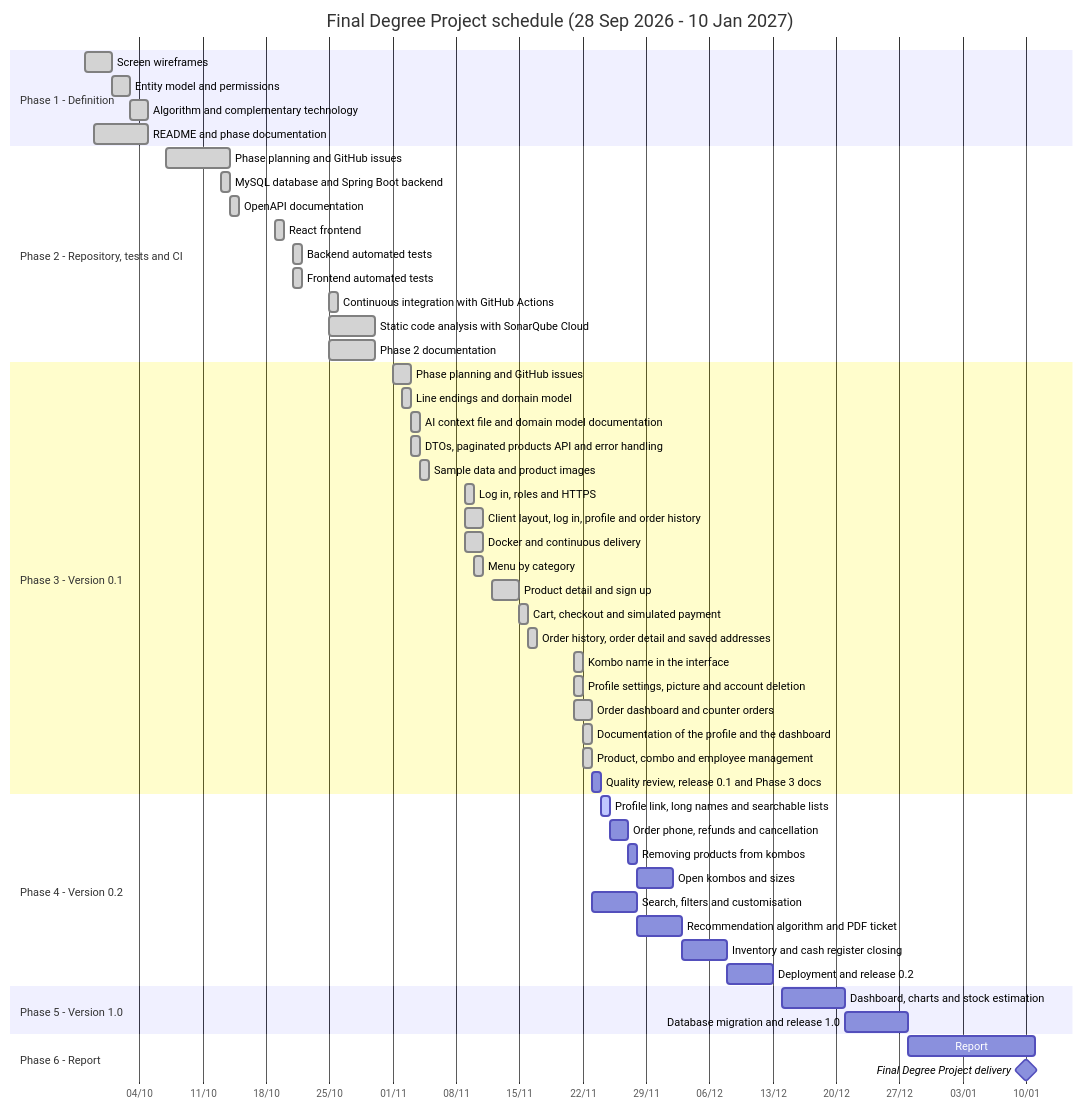
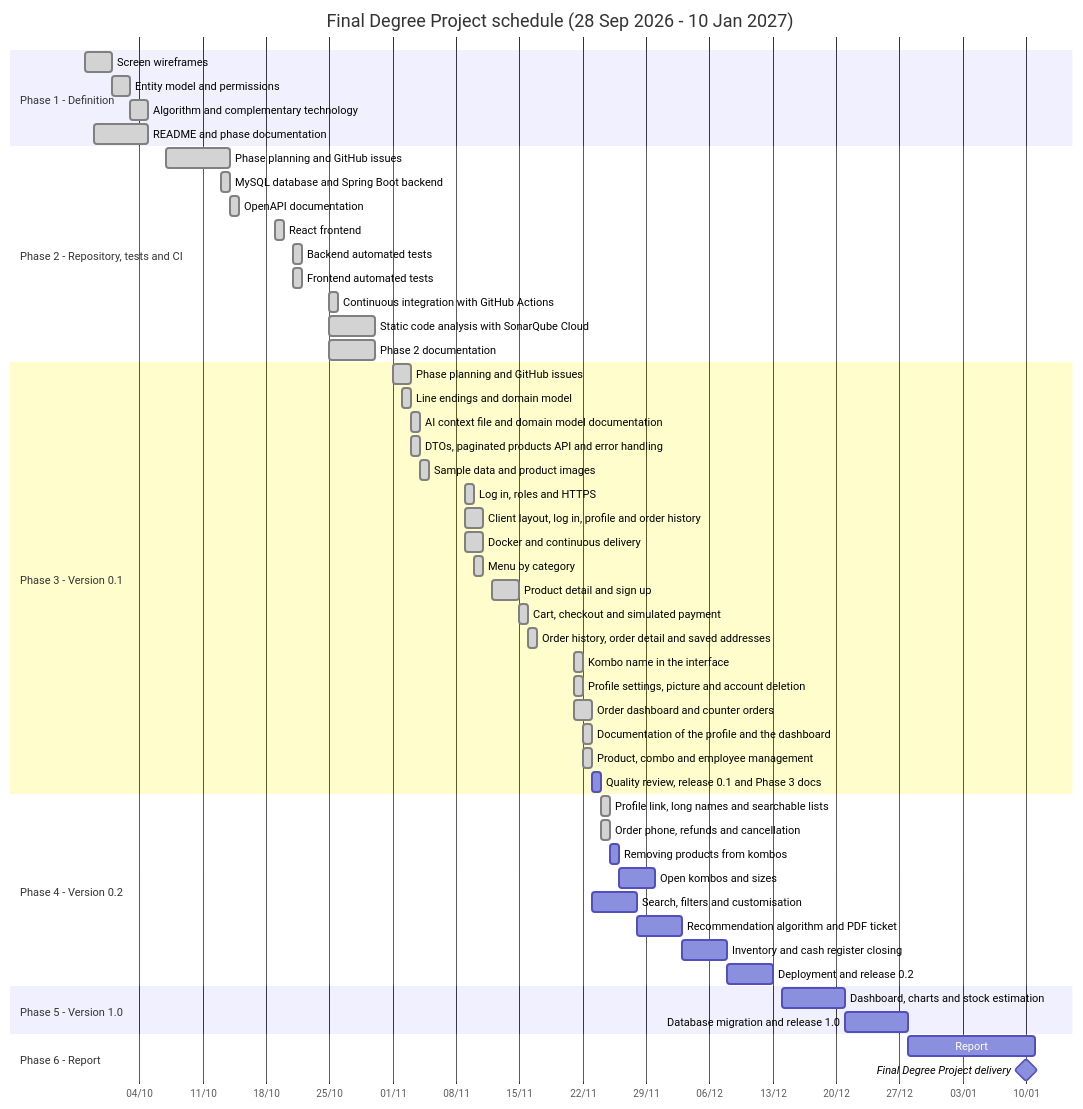
Before and after one commit to codeurjc-students/2026-Kombo: the diagram in docs/methodology.md, drawn with Mermaid. The commit also changed 42 other files, not shown here.

Commit message:
Add order cancellation with fee

````diff
--- a/docs/methodology.md
+++ b/docs/methodology.md
@@ -17,62 +17,62 @@
 ```mermaid
 gantt
     title Final Degree Project schedule (28 Sep 2026 - 10 Jan 2027)
     dateFormat YYYY-MM-DD
     axisFormat %d/%m
     tickInterval 1week
 
     section Phase 1 - Definition
     Screen wireframes                                :done, f1a, 2026-09-28, 3d
     Entity model and permissions                     :done, f1b, 2026-10-01, 2d
     Algorithm and complementary technology           :done, f1c, 2026-10-03, 2d
     README and phase documentation                   :done, f1d, 2026-09-29, 6d
 
     section Phase 2 - Repository, tests and CI
     Phase planning and GitHub issues                 :done, f2a, 2026-10-07, 7d
     MySQL database and Spring Boot backend           :done, f2b, 2026-10-13, 1d
     OpenAPI documentation                            :done, f2c, 2026-10-14, 1d
     React frontend                                   :done, f2d, 2026-10-19, 1d
     Backend automated tests                          :done, f2e, 2026-10-21, 1d
     Frontend automated tests                         :done, f2f, 2026-10-21, 1d
     Continuous integration with GitHub Actions       :done, f2g, 2026-10-25, 1d
     Static code analysis with SonarQube Cloud        :done, f2h, 2026-10-25, 5d
     Phase 2 documentation                            :done, f2i, 2026-10-25, 5d
 
     section Phase 3 - Version 0.1
     Phase planning and GitHub issues                 :done, f3p, 2026-11-01, 2d
     Line endings and domain model                    :done, f3m, 2026-11-02, 1d
     AI context file and domain model documentation   :done, f3n, 2026-11-03, 1d
     DTOs, paginated products API and error handling  :done, f3o, 2026-11-03, 1d
     Sample data and product images                   :done, f3s, 2026-11-04, 1d
     Log in, roles and HTTPS                          :done, f3a, 2026-11-09, 1d
     Client layout, log in, profile and order history :done, f3l, 2026-11-09, 2d
     Docker and continuous delivery                   :done, f3c, 2026-11-09, 2d
     Menu by category                                 :done, f3b, 2026-11-10, 1d
     Product detail and sign up                       :done, f3d, 2026-11-12, 3d
     Cart, checkout and simulated payment             :done, f3k, 2026-11-15, 1d
     Order history, order detail and saved addresses  :done, f3h, 2026-11-16, 1d
     Kombo name in the interface                      :done, f3q, 2026-11-21, 1d
     Profile settings, picture and account deletion   :done, f3u, 2026-11-21, 1d
     Order dashboard and counter orders               :done, f3e, 2026-11-21, 2d
     Documentation of the profile and the dashboard   :done, f3x, 2026-11-22, 1d
     Product, combo and employee management           :done, f3g, 2026-11-22, 1d
     Quality review, release 0.1 and Phase 3 docs     :f3r, 2026-11-23, 1d
 
     section Phase 4 - Version 0.2
-    Profile link, long names and searchable lists    :active, f4e, 2026-11-24, 1d
-    Order phone, refunds and cancellation            :f4f, after f4e, 2d
+    Profile link, long names and searchable lists    :done, f4e, 2026-11-24, 1d
+    Order phone, refunds and cancellation            :done, f4f, 2026-11-24, 1d
     Removing products from kombos                    :f4g, after f4f, 1d
     Open kombos and sizes                            :f4h, after f4g, 4d
     Search, filters and customisation                :f4a, 2026-11-23, 5d
     Recommendation algorithm and PDF ticket          :f4b, after f4a, 5d
     Inventory and cash register closing              :f4c, after f4b, 5d
     Deployment and release 0.2                       :f4d, after f4c, 5d
 
     section Phase 5 - Version 1.0
     Dashboard, charts and stock estimation           :f5a, 2026-12-14, 7d
     Database migration and release 1.0               :f5b, after f5a, 7d
 
     section Phase 6 - Report
     Report                                           :f6a, 2026-12-28, 14d
     Final Degree Project delivery                    :milestone, m1, 2027-01-10, 0d
 ```
````
